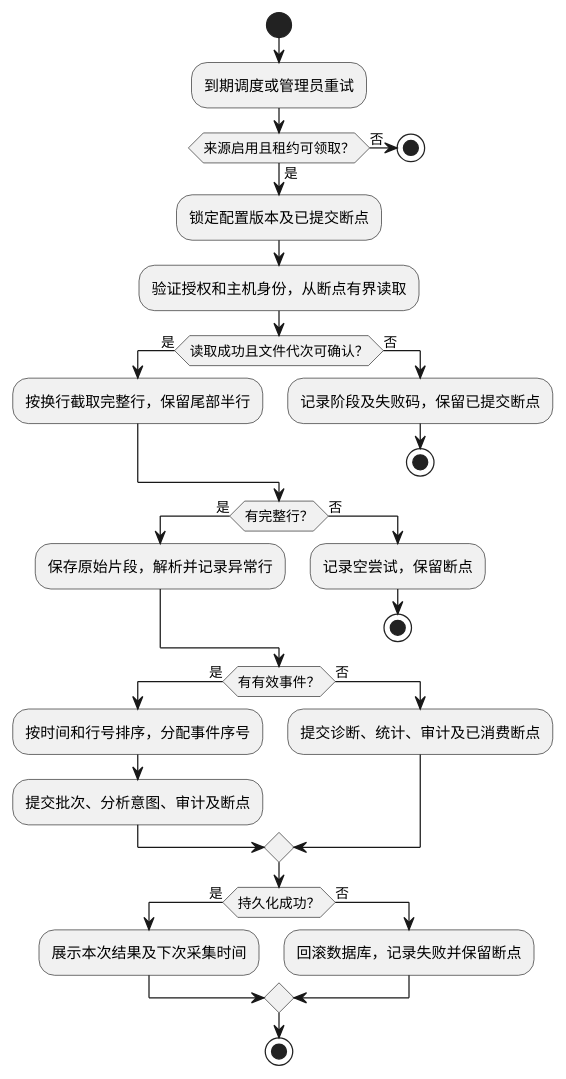
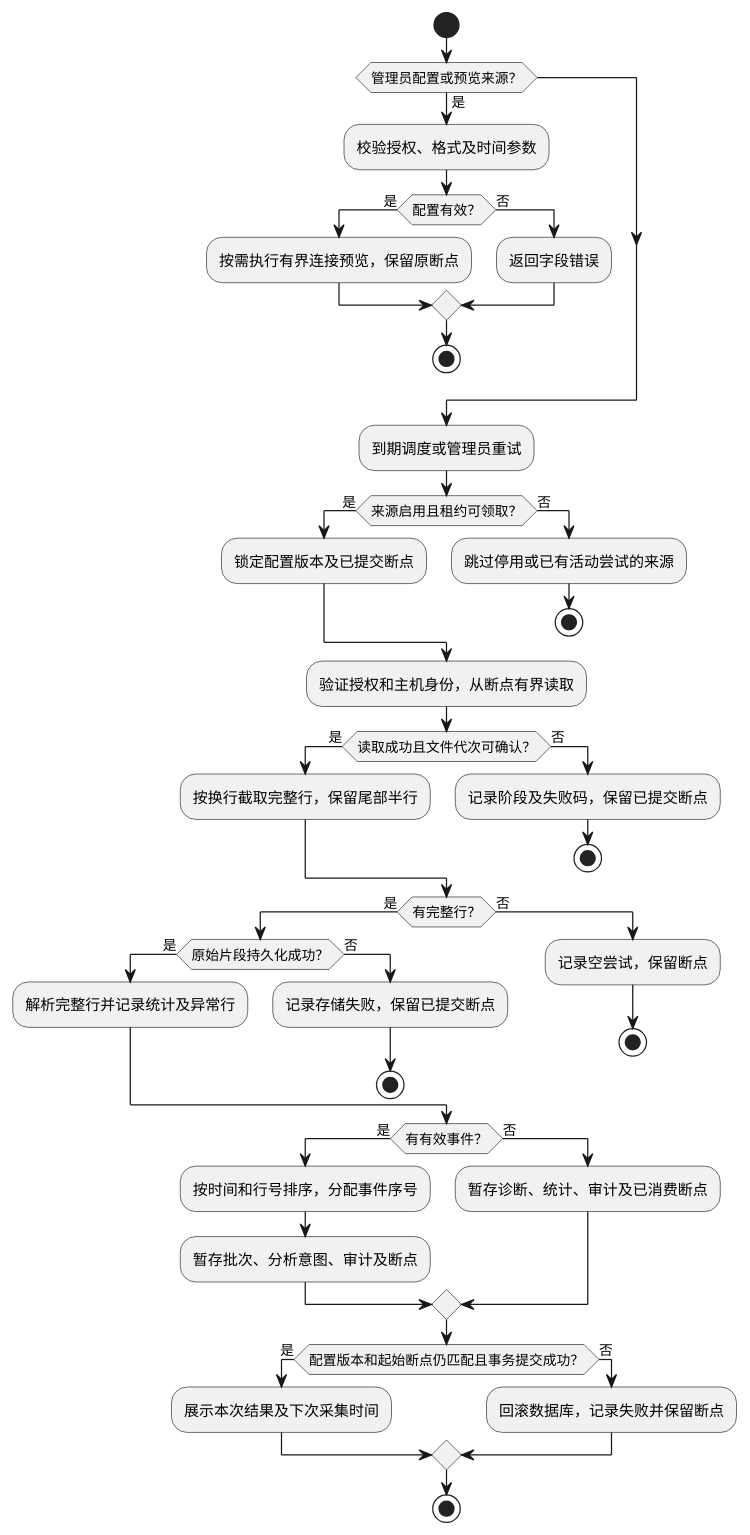
Before and after one commit to Double-Cloth/NetSentinel: the diagram in models/activity-import.puml, drawn with PlantUML. The commit also changed 17 other files, not shown here.

```diff
--- a/models/activity-import.puml
+++ b/models/activity-import.puml
@@ -1,35 +1,50 @@
 @startuml
 skinparam defaultFontName Microsoft YaHei
 start
+if (管理员配置或预览来源？) then (是)
+  :校验授权、格式及时间参数;
+  if (配置有效？) then (是)
+    :按需执行有界连接预览，保留原断点;
+  else (否)
+    :返回字段错误;
+  endif
+  stop
+endif
 :到期调度或管理员重试;
 if (来源启用且租约可领取？) then (是)
   :锁定配置版本及已提交断点;
 else (否)
+  :跳过停用或已有活动尝试的来源;
   stop
 endif
 :验证授权和主机身份，从断点有界读取;
 if (读取成功且文件代次可确认？) then (是)
   :按换行截取完整行，保留尾部半行;
 else (否)
   :记录阶段及失败码，保留已提交断点;
   stop
 endif
 if (有完整行？) then (是)
-  :保存原始片段，解析并记录异常行;
+  if (原始片段持久化成功？) then (是)
+    :解析完整行并记录统计及异常行;
+  else (否)
+    :记录存储失败，保留已提交断点;
+    stop
+  endif
 else (否)
   :记录空尝试，保留断点;
   stop
 endif
 if (有有效事件？) then (是)
   :按时间和行号排序，分配事件序号;
-  :提交批次、分析意图、审计及断点;
+  :暂存批次、分析意图、审计及断点;
 else (否)
-  :提交诊断、统计、审计及已消费断点;
+  :暂存诊断、统计、审计及已消费断点;
 endif
-if (持久化成功？) then (是)
+if (配置版本和起始断点仍匹配且事务提交成功？) then (是)
   :展示本次结果及下次采集时间;
 else (否)
   :回滚数据库，记录失败并保留断点;
 endif
 stop
 @enduml
```
